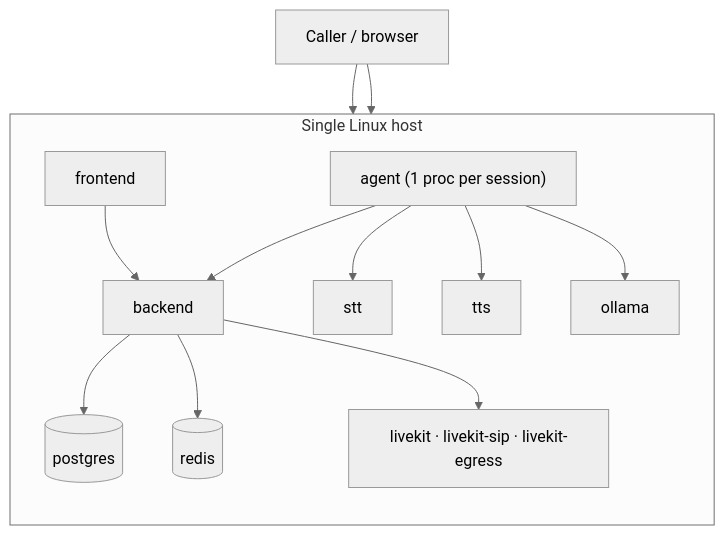
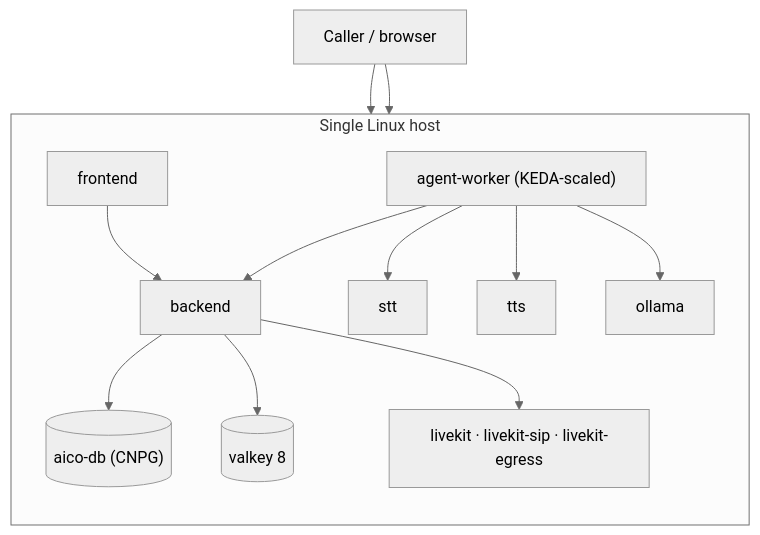
Before and after one commit to Aico-Systems/docs: the first of 2 diagrams in platform/deployment.mdx, drawn with Mermaid (neutral theme). The commit also changed other lines of this file and 2 other files, not shown here.

Commit message:
docs(platform): update architecture and deployment documentation for CNPG and Valkey integration

````diff
--- a/platform/deployment.mdx
+++ b/platform/deployment.mdx
@@ -10,26 +10,26 @@
 ```mermaid
 flowchart TB
     subgraph Host["Single Linux host"]
         direction TB
         FE["frontend"]
         BE["backend"]
-        PG[("postgres")]
-        RD[("redis")]
+        PG[("aico-db (CNPG)")]
+        VK[("valkey 8")]
         LK["livekit · livekit-sip · livekit-egress"]
-        AGT["agent (1 proc per session)"]
+        AGT["agent-worker (KEDA-scaled)"]
         STT["stt"]
         TTS["tts"]
         OL["ollama"]
     end
 
     User["Caller / browser"] --> FE
     User --> LK
     FE --> BE
     BE --> PG
-    BE --> RD
+    BE --> VK
     BE --> LK
     AGT --> BE
     AGT --> STT
     AGT --> TTS
     AGT --> OL
 ```
````
